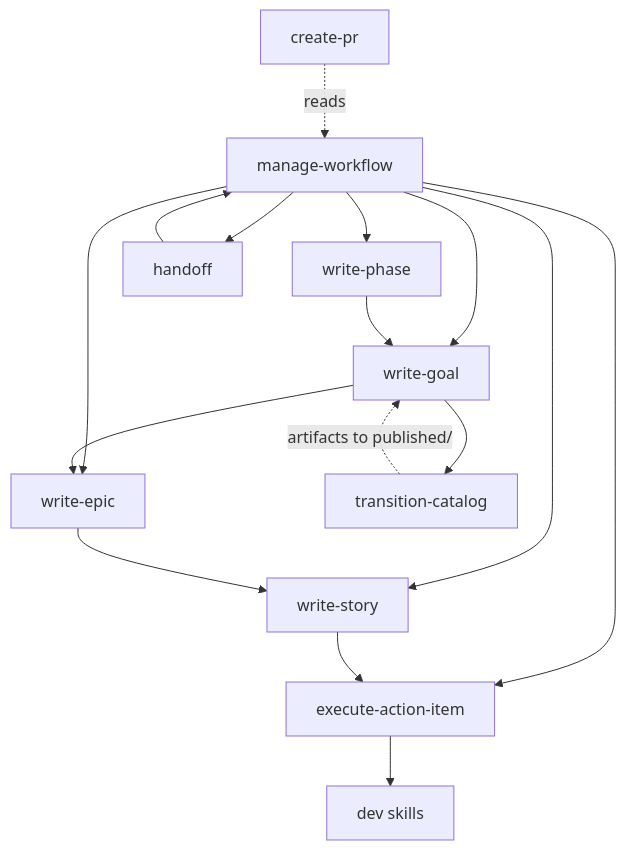
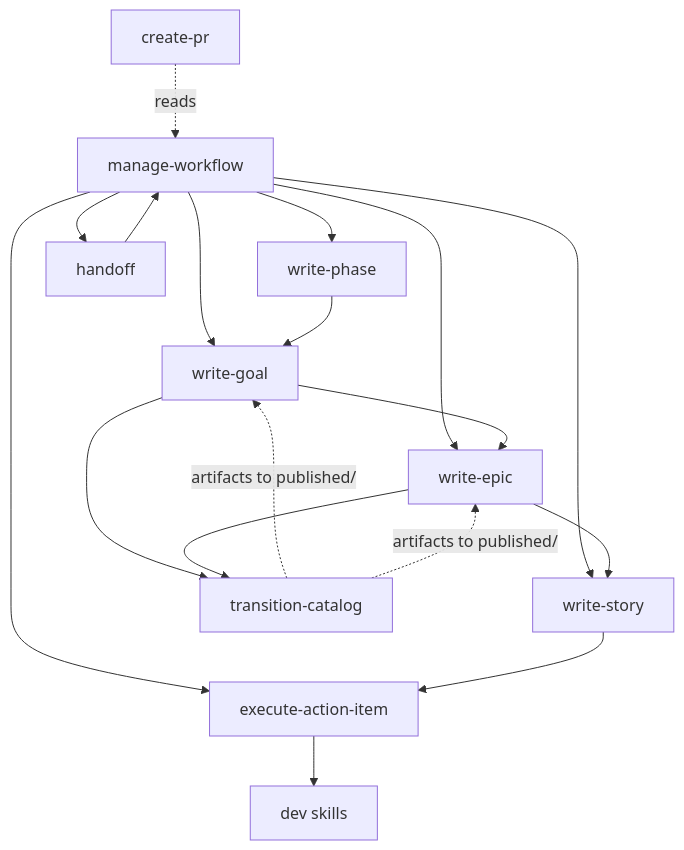
Before and after one commit to noory-code/noory-ai: the first of 2 diagrams in solera/docs/architecture.md, drawn with Mermaid. The commit also changed other lines of this file and 15 other files, not shown here.

````diff
--- a/solera/docs/architecture.md
+++ b/solera/docs/architecture.md
@@ -11,32 +11,34 @@
 ```mermaid
 flowchart TD
     WM[manage-workflow]
     WPH[write-phase]
     WG[write-goal]
     WE[write-epic]
     WS[write-story]
     WAI[execute-action-item]
     WPR[create-pr]
     CT[transition-catalog]
     HO[handoff]
     DEV[dev skills]
 
     WM --> WPH
     WM --> WG
     WM --> WE
     WM --> WS
     WM --> WAI
 
     WPH --> WG
     WG --> WE
     WG --> CT
+    WE --> CT
     WE --> WS
     WS --> WAI
     WAI --> DEV
 
     WM --> HO
     HO --> WM
 
     WPR -.->|reads| WM
     CT -.->|artifacts to published/| WG
+    CT -.->|artifacts to published/| WE
 ```
````
